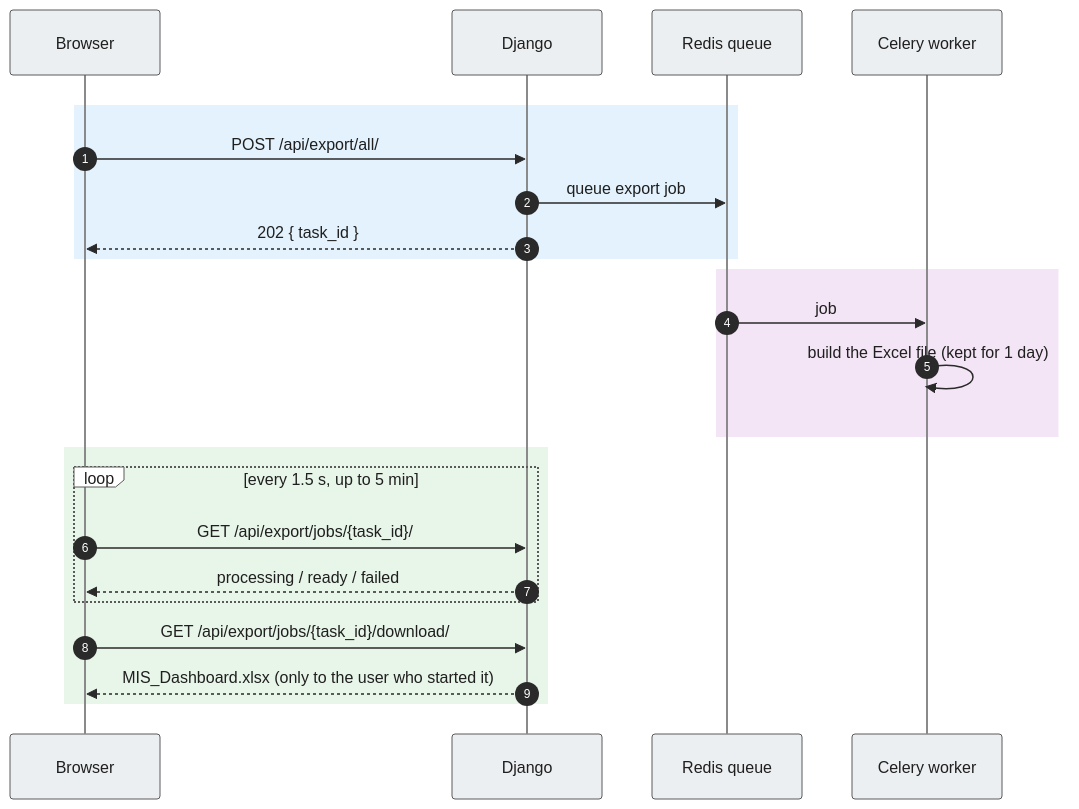
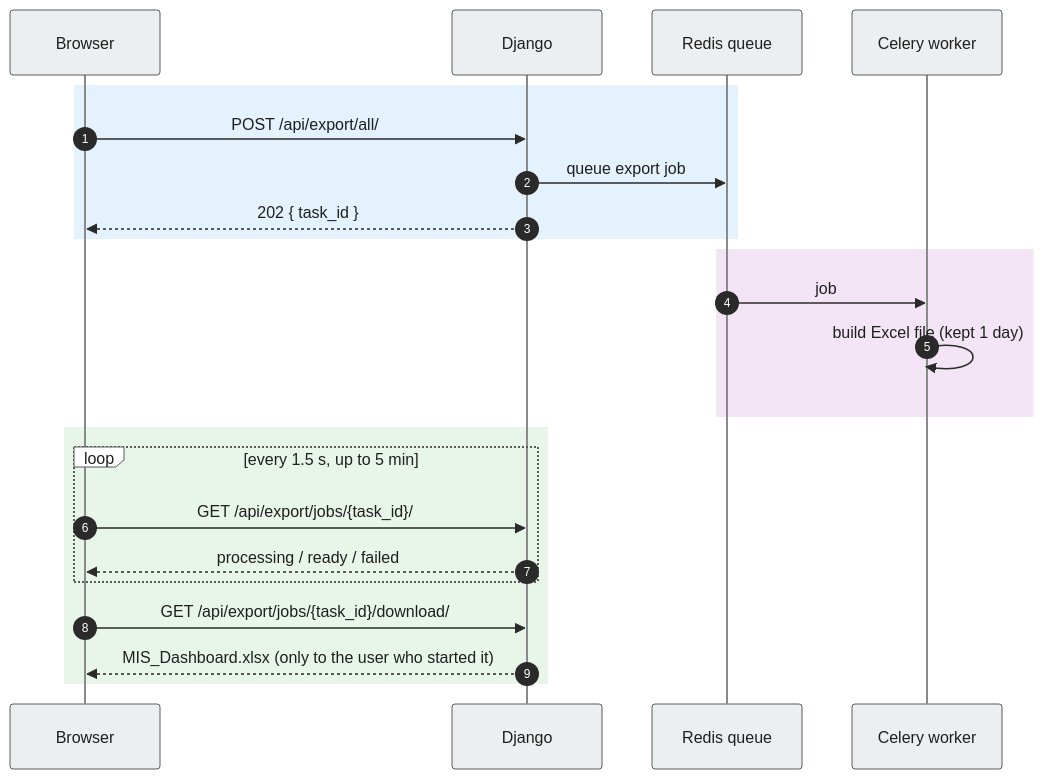
The fifth of 10 diagrams in README.md (aarushchaudhary/nmpralekh), drawn with Mermaid before and after one commit. The commit also changed other lines of this file, not shown here.

Commit message:
Restyle README sequence diagrams: light boxes with dark text, no white panels

````diff
--- a/README.md
+++ b/README.md
@@ -255,29 +255,27 @@
 ```mermaid
 %%{init: {'theme':'base','themeVariables':{'actorBkg':'#ECEFF1','actorBorder':'#5A5A5A','actorTextColor':'#1F1F1F','actorLineColor':'#8A8A8A','signalColor':'#2A2A2A','signalTextColor':'#1F1F1F','sequenceNumberColor':'#FFFFFF','labelBoxBkgColor':'#FFFFFF','labelBoxBorderColor':'#5A5A5A','labelTextColor':'#1F1F1F','loopTextColor':'#1F1F1F','noteBkgColor':'#FFF59D','noteBorderColor':'#F9A825','noteTextColor':'#1F1F1F'}}}%%
 sequenceDiagram
     autonumber
     participant B as Browser
     participant D as Django
     participant Q as Redis queue
     participant W as Celery worker
 
-    rect rgb(255, 255, 255)
-        rect rgb(227, 242, 253)
-        B->>D: POST /api/export/all/
-        D->>Q: queue export job
-        D-->>B: 202 { task_id }
-        end
-        rect rgb(243, 229, 245)
-        Q->>W: job
-        W->>W: build the Excel file (kept for 1 day)
-        end
-        rect rgb(232, 245, 233)
-        loop every 1.5 s, up to 5 min
-            B->>D: GET /api/export/jobs/{task_id}/
-            D-->>B: processing / ready / failed
-        end
-        B->>D: GET /api/export/jobs/{task_id}/download/
-        D-->>B: MIS_Dashboard.xlsx (only to the user who started it)
-        end
+    rect rgb(227, 242, 253)
+    B->>D: POST /api/export/all/
+    D->>Q: queue export job
+    D-->>B: 202 { task_id }
+    end
+    rect rgb(243, 229, 245)
+    Q->>W: job
+    W->>W: build Excel file (kept 1 day)
+    end
+    rect rgb(232, 245, 233)
+    loop every 1.5 s, up to 5 min
+        B->>D: GET /api/export/jobs/{task_id}/
+        D-->>B: processing / ready / failed
+    end
+    B->>D: GET /api/export/jobs/{task_id}/download/
+    D-->>B: MIS_Dashboard.xlsx (only to the user who started it)
     end
 ```
````
